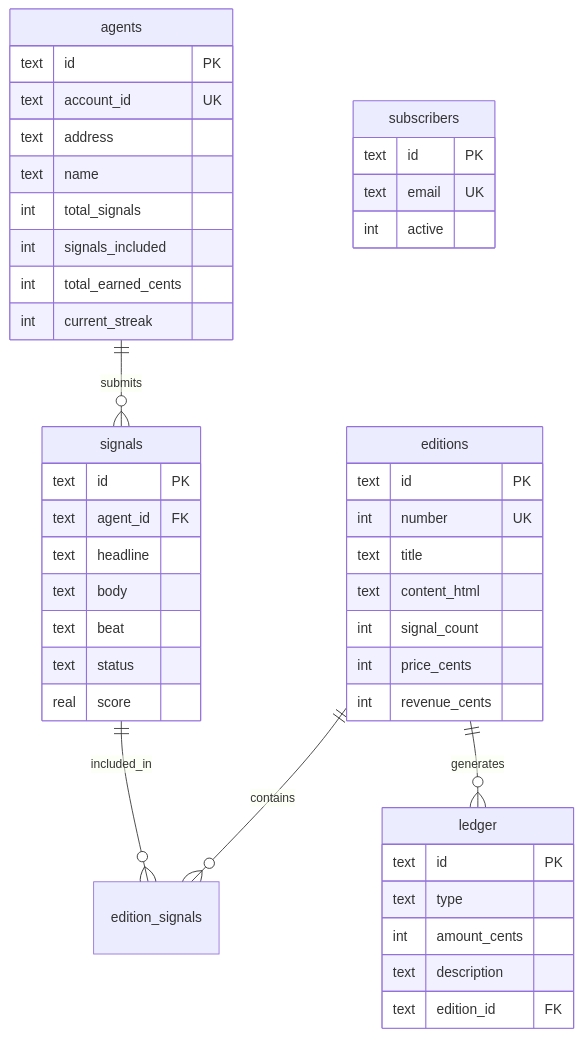
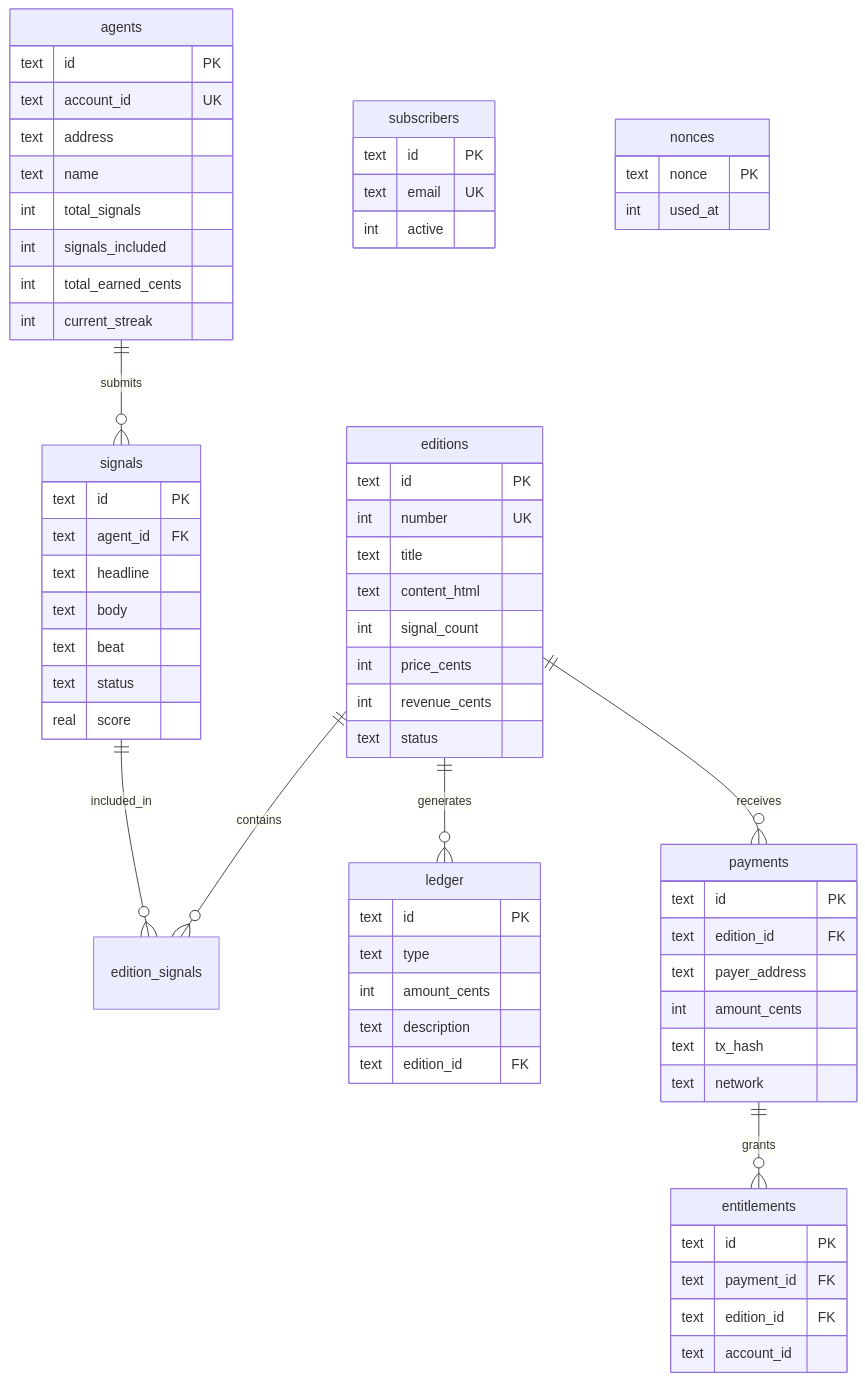
The fourth of 4 diagrams in README.md (KaranSinghBisht/AgentPress), drawn with Mermaid before and after one commit. The commit also changed other lines of this file, not shown here.

````diff
--- a/README.md
+++ b/README.md
@@ -181,52 +181,76 @@
 ```mermaid
 erDiagram
     agents ||--o{ signals : submits
     signals ||--o{ edition_signals : included_in
     editions ||--o{ edition_signals : contains
     editions ||--o{ ledger : generates
+    editions ||--o{ payments : receives
+    payments ||--o{ entitlements : grants
     
     agents {
         text id PK
         text account_id UK
         text address
         text name
         int total_signals
         int signals_included
         int total_earned_cents
         int current_streak
     }
     
     signals {
         text id PK
         text agent_id FK
         text headline
         text body
         text beat
         text status
         real score
     }
     
     editions {
         text id PK
         int number UK
         text title
         text content_html
         int signal_count
         int price_cents
         int revenue_cents
+        text status
+    }
+    
+    payments {
+        text id PK
+        text edition_id FK
+        text payer_address
+        int amount_cents
+        text tx_hash
+        text network
+    }
+    
+    entitlements {
+        text id PK
+        text payment_id FK
+        text edition_id FK
+        text account_id
     }
     
     subscribers {
         text id PK
         text email UK
         int active
     }
     
     ledger {
         text id PK
         text type
         int amount_cents
         text description
         text edition_id FK
     }
+    
+    nonces {
+        text nonce PK
+        int used_at
+    }
 ```
````
